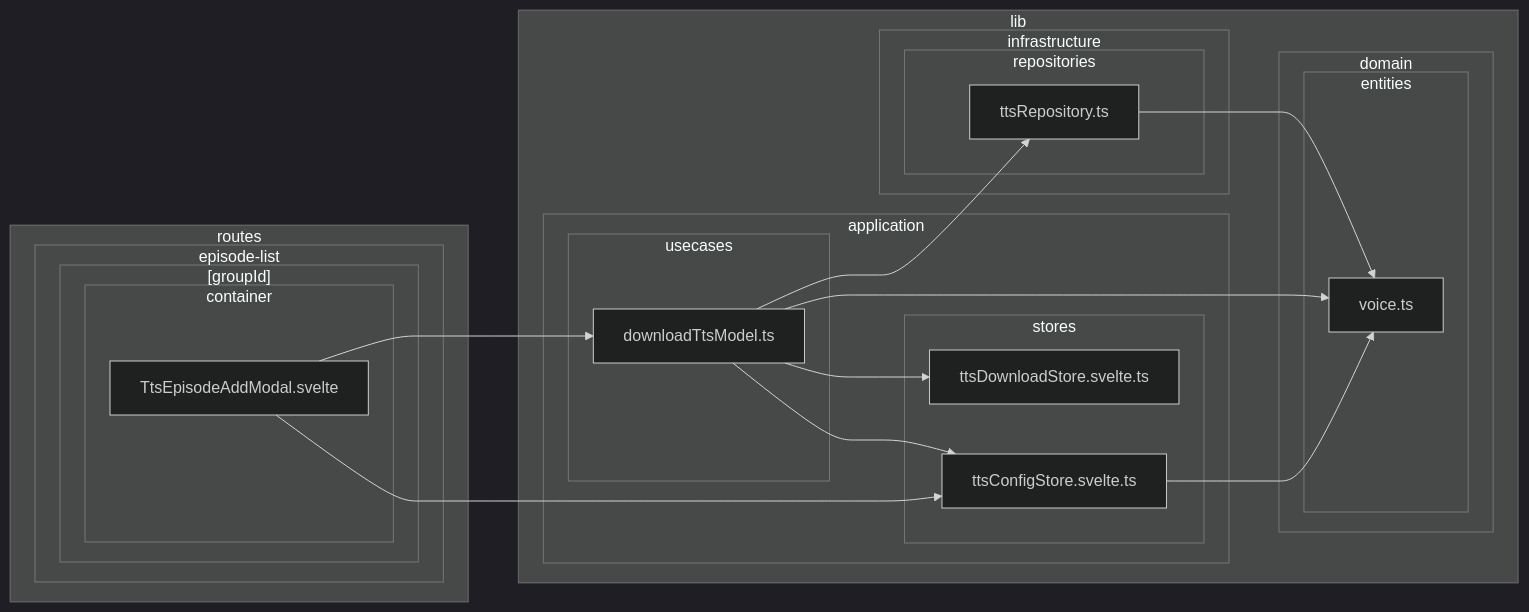
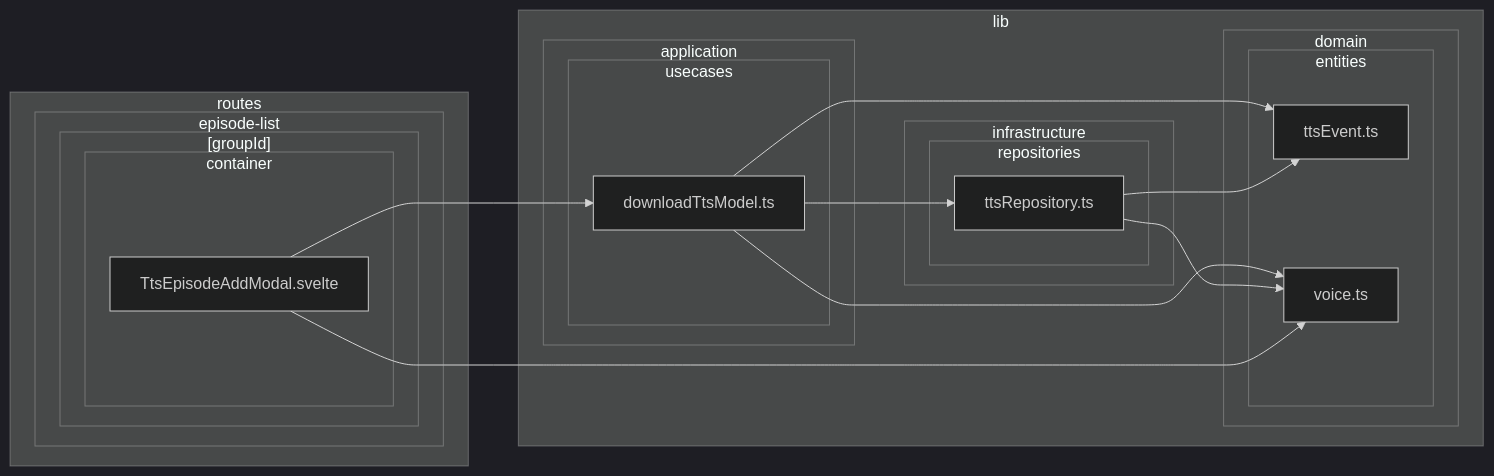
One commit to k5n/kotonoha changed diagram 12 of 38 in doc/dependency-graph.md. Above: the diagram before and after it, drawn with Mermaid (dark theme). The commit also changed other lines of this file and 4 other files, not shown here.

Commit message:
refactor: Enhance TTS model download functionality and update dependency graphs

````diff
--- a/doc/dependency-graph.md
+++ b/doc/dependency-graph.md
@@ -545,41 +545,37 @@
 ```mermaid
 graph LR
         subgraph sg_lib ["lib"]
             subgraph sg_lib_application ["application"]
-                subgraph sg_lib_application_stores ["stores"]
-                    src_lib_application_stores_ttsConfigStore_svelte_ts["ttsConfigStore.svelte.ts"]
-                    src_lib_application_stores_ttsDownloadStore_svelte_ts["ttsDownloadStore.svelte.ts"]
-                end
                 subgraph sg_lib_application_usecases ["usecases"]
                     src_lib_application_usecases_downloadTtsModel_ts["downloadTtsModel.ts"]
                 end
             end
             subgraph sg_lib_domain ["domain"]
                 subgraph sg_lib_domain_entities ["entities"]
+                    src_lib_domain_entities_ttsEvent_ts["ttsEvent.ts"]
                     src_lib_domain_entities_voice_ts["voice.ts"]
                 end
             end
             subgraph sg_lib_infrastructure ["infrastructure"]
                 subgraph sg_lib_infrastructure_repositories ["repositories"]
                     src_lib_infrastructure_repositories_ttsRepository_ts["ttsRepository.ts"]
                 end
             end
         end
         subgraph sg_routes ["routes"]
             subgraph sg_routes_episode_list ["episode-list"]
                 subgraph sg_routes_episode_list__groupId_ ["[groupId]"]
                     subgraph sg_routes_episode_list__groupId__container ["container"]
                         src_routes_episode_list__groupId__container_TtsEpisodeAddModal_svelte["TtsEpisodeAddModal.svelte"]
                     end
                 end
             end
         end
-    src_lib_application_usecases_downloadTtsModel_ts --> src_lib_application_stores_ttsConfigStore_svelte_ts
-    src_lib_application_usecases_downloadTtsModel_ts --> src_lib_application_stores_ttsDownloadStore_svelte_ts
+    src_lib_application_usecases_downloadTtsModel_ts --> src_lib_domain_entities_ttsEvent_ts
     src_lib_application_usecases_downloadTtsModel_ts --> src_lib_domain_entities_voice_ts
     src_lib_application_usecases_downloadTtsModel_ts --> src_lib_infrastructure_repositories_ttsRepository_ts
-    src_lib_application_stores_ttsConfigStore_svelte_ts --> src_lib_domain_entities_voice_ts
+    src_lib_infrastructure_repositories_ttsRepository_ts --> src_lib_domain_entities_ttsEvent_ts
     src_lib_infrastructure_repositories_ttsRepository_ts --> src_lib_domain_entities_voice_ts
-    src_routes_episode_list__groupId__container_TtsEpisodeAddModal_svelte --> src_lib_application_stores_ttsConfigStore_svelte_ts
     src_routes_episode_list__groupId__container_TtsEpisodeAddModal_svelte --> src_lib_application_usecases_downloadTtsModel_ts
+    src_routes_episode_list__groupId__container_TtsEpisodeAddModal_svelte --> src_lib_domain_entities_voice_ts
 ```
````
